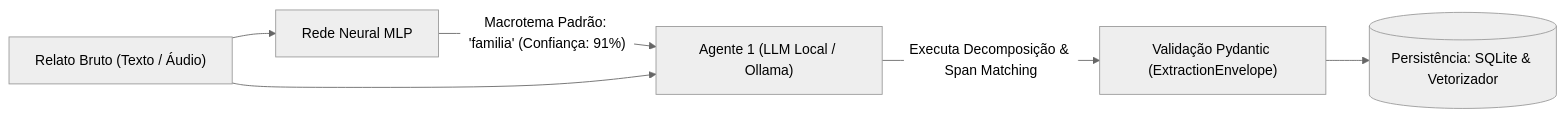
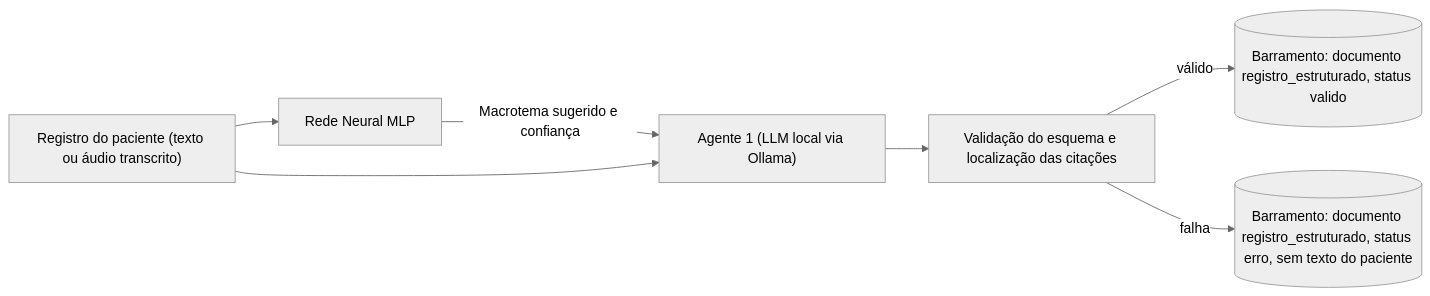
One commit to 007-Licensa-Para-Executar/challenge-2-base changed the diagram in docs/agente1.md. Above: the diagram before and after it, drawn with Mermaid (neutral theme). The commit also changed other lines of this file, not shown here.

````diff
--- a/docs/agente1.md
+++ b/docs/agente1.md
@@ -13,8 +15,9 @@
 ```mermaid
 flowchart LR
-    A["Relato Bruto (Texto / Áudio)"] --> B["Rede Neural MLP"]
-    B -->|"Macrotema Padrão: 'familia' (Confiança: 91%)"| C["Agente 1 (LLM Local / Ollama)"]
+    A["Registro do paciente (texto ou áudio transcrito)"] --> B["Rede Neural MLP"]
+    B -->|"Macrotema sugerido e confiança"| C["Agente 1 (LLM local via Ollama)"]
     A --> C
-    C -->|Executa Decomposição & Span Matching| D["Validação Pydantic (ExtractionEnvelope)"]
-    D --> E[("Persistência: SQLite & Vetorizador")]
+    C --> D["Validação do esquema e localização das citações"]
+    D -->|"válido"| E[("Barramento: documento registro_estruturado, status valido")]
+    D -->|"falha"| F[("Barramento: documento registro_estruturado, status erro, sem texto do paciente")]
 ```
````
